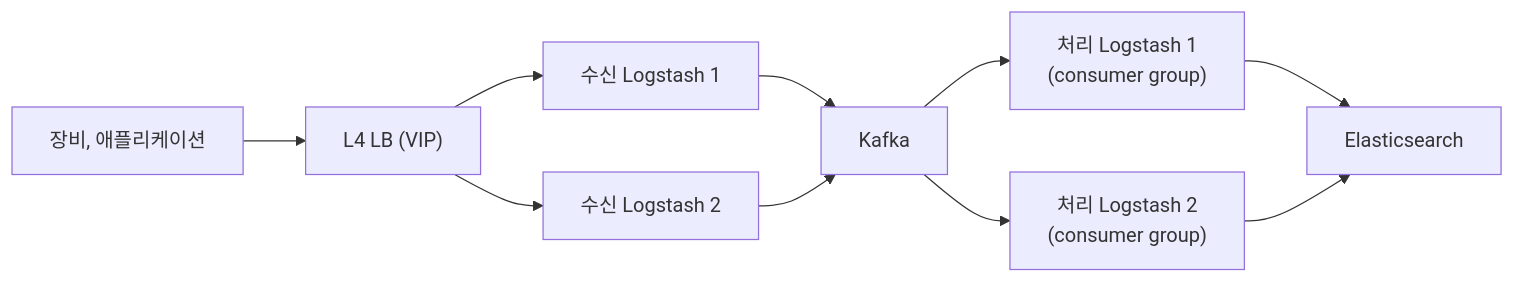
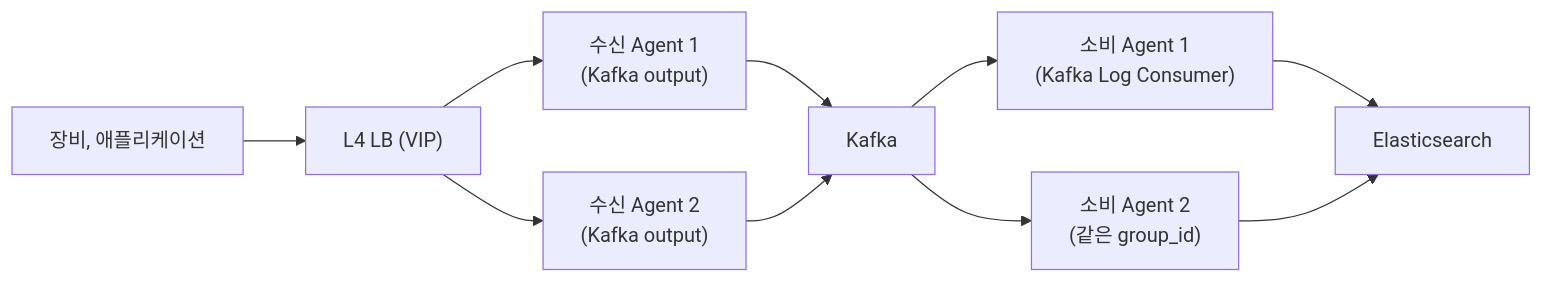
The second of 2 diagrams in src/content/docs/ingest/03-no-gap-ingest.md (Munsik/engineering-notes), drawn with Mermaid before and after one commit. The commit also changed other lines of this file and 4 other files, not shown here.

````diff
--- a/src/content/docs/ingest/03-no-gap-ingest.md
+++ b/src/content/docs/ingest/03-no-gap-ingest.md
@@ -117,12 +121,12 @@
 ```mermaid
 flowchart LR
     S["장비, 애플리케이션"] --> LB["L4 LB (VIP)"]
-    LB --> R1["수신 Logstash 1"]
-    LB --> R2["수신 Logstash 2"]
+    LB --> R1["수신 Agent 1<br/>(Kafka output)"]
+    LB --> R2["수신 Agent 2<br/>(Kafka output)"]
     R1 --> K["Kafka"]
     R2 --> K
-    K --> P1["처리 Logstash 1<br/>(consumer group)"]
-    K --> P2["처리 Logstash 2<br/>(consumer group)"]
-    P1 --> ES["Elasticsearch"]
-    P2 --> ES
+    K --> C1["소비 Agent 1<br/>(Kafka Log Consumer)"]
+    K --> C2["소비 Agent 2<br/>(같은 group_id)"]
+    C1 --> ES["Elasticsearch"]
+    C2 --> ES
 ```
````
